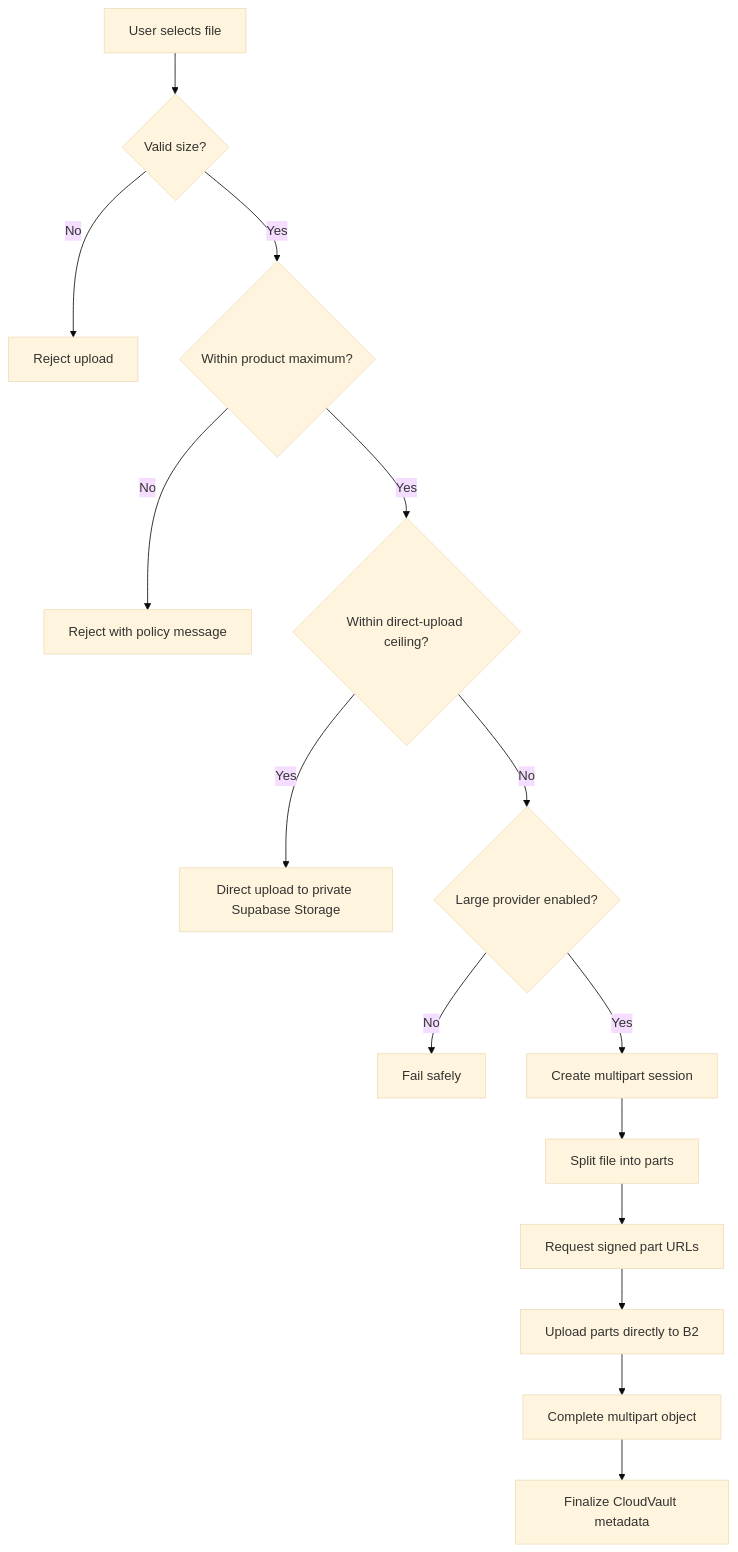
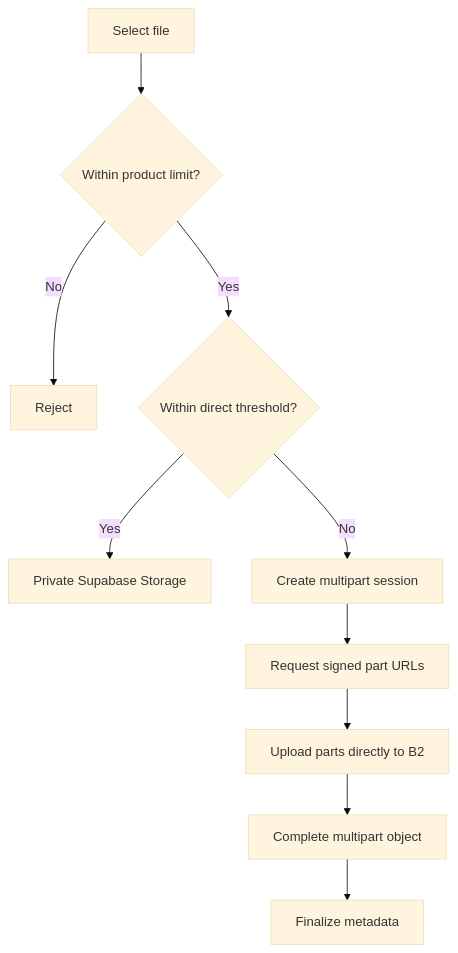
Before and after one commit to adityamsr2606/CloudVault-Distributed-Cloud-Storage-Platform: the third of 5 diagrams in README.md, drawn with Mermaid (base theme). The commit also changed other lines of this file, not shown here.

Commit message:
Shorten README while preserving CloudVault architecture and design

````diff
--- a/README.md
+++ b/README.md
@@ -429,27 +222,12 @@
 ```mermaid
 flowchart TD
-    FILE[User selects file] --> VALID{Valid size?}
-
-    VALID -- No --> REJECT[Reject upload]
-
-    VALID -- Yes --> POLICY{Within product maximum?}
-
-    POLICY -- No --> REJECT2[Reject with policy message]
-
-    POLICY -- Yes --> DIRECT{Within direct-upload ceiling?}
-
-    DIRECT -- Yes --> SUPA[Direct upload to private Supabase Storage]
-
-    DIRECT -- No --> PROVIDER{Large provider enabled?}
-
-    PROVIDER -- No --> BLOCK[Fail safely]
-
-    PROVIDER -- Yes --> SESSION[Create multipart session]
-
-    SESSION --> PARTS[Split file into parts]
-    PARTS --> SIGN[Request signed part URLs]
-    SIGN --> UPLOAD[Upload parts directly to B2]
-
-    UPLOAD --> COMPLETE[Complete multipart object]
-    COMPLETE --> META[Finalize CloudVault metadata]
+    FILE[Select file] --> SIZE{Within product limit?}
+    SIZE -- No --> REJECT[Reject]
+    SIZE -- Yes --> DIRECT{Within direct threshold?}
+    DIRECT -- Yes --> SUPA[Private Supabase Storage]
+    DIRECT -- No --> SESSION[Create multipart session]
+    SESSION --> SIGN[Request signed part URLs]
+    SIGN --> B2[Upload parts directly to B2]
+    B2 --> COMPLETE[Complete multipart object]
+    COMPLETE --> META[Finalize metadata]
 ```
````
